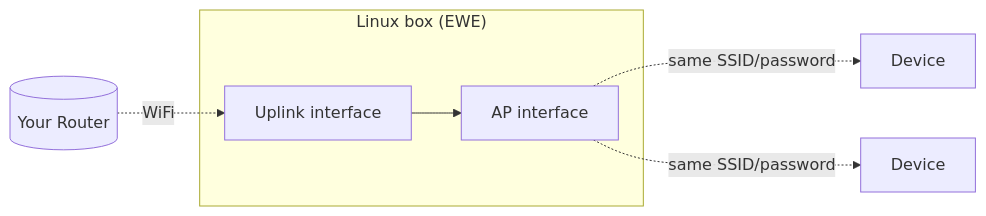
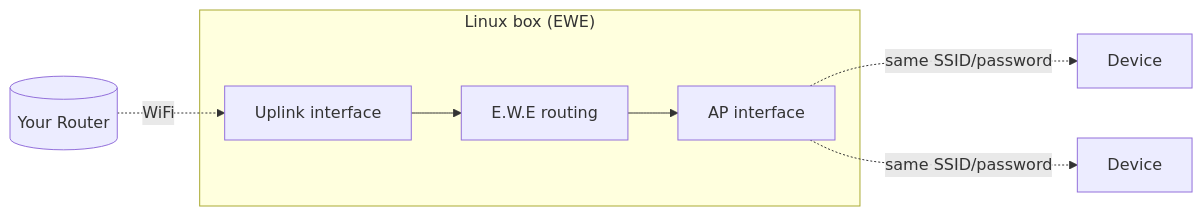
Before and after one commit to PauWol/E.W.E: the diagram in README.md, drawn with Mermaid. The commit also changed other lines of this file, not shown here.

````diff
--- a/README.md
+++ b/README.md
@@ -22,9 +22,12 @@
 ```mermaid
 flowchart LR
     R[("Your Router")] -.WiFi.-> U[Uplink interface]
+
     subgraph Box["Linux box (EWE)"]
-        U --> A[AP interface]
+        U --> N[E.W.E routing]
+        N --> A[AP interface]
     end
+
     A -.same SSID/password.-> D1[Device]
     A -.same SSID/password.-> D2[Device]
 ```
````
